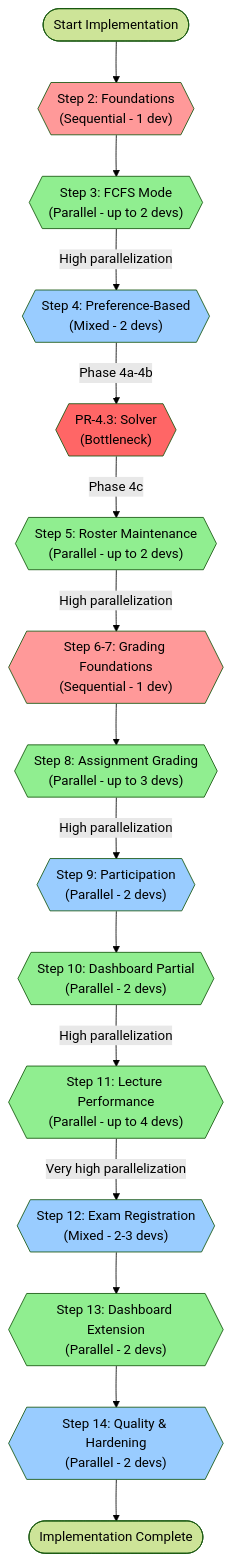
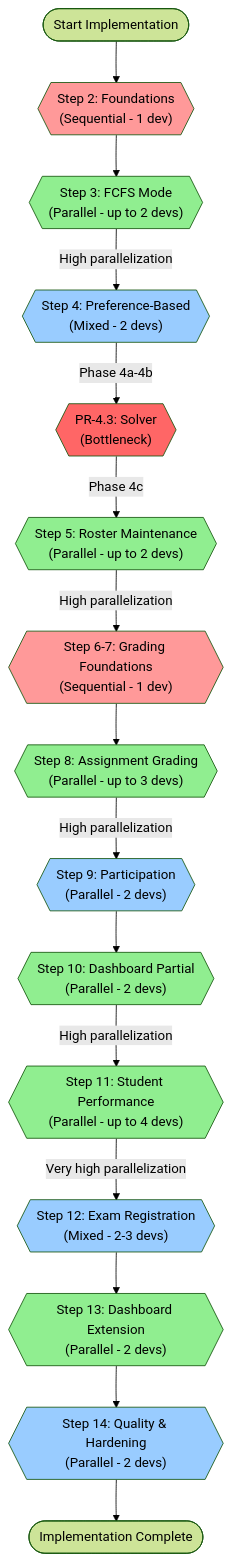
Diagram 13 of 13 in architecture/src/features/parallelization.md (MaMpf-HD/mampf), drawn with Mermaid (forest theme) before and after one commit. The commit also changed other lines of this file and 16 other files, not shown here.

Commit message:
Replace "Lecture Performance" with "Student Performance"

````diff
--- a/architecture/src/features/parallelization.md
+++ b/architecture/src/features/parallelization.md
@@ -780,48 +780,48 @@
 ```mermaid
 flowchart TD
     Start([Start Implementation])
 
     Step2{{"Step 2: Foundations<br/>(Sequential - 1 dev)"}}
     Step3{{"Step 3: FCFS Mode<br/>(Parallel - up to 2 devs)"}}
     Step4{{"Step 4: Preference-Based<br/>(Mixed - 2 devs)"}}
     Step4b{{"PR-4.3: Solver<br/>(Bottleneck)"}}
     Step5{{"Step 5: Roster Maintenance<br/>(Parallel - up to 2 devs)"}}
     Step6{{"Step 6-7: Grading Foundations<br/>(Sequential - 1 dev)"}}
     Step8{{"Step 8: Assignment Grading<br/>(Parallel - up to 3 devs)"}}
     Step9{{"Step 9: Participation<br/>(Parallel - 2 devs)"}}
     Step10{{"Step 10: Dashboard Partial<br/>(Parallel - 2 devs)"}}
-    Step11{{"Step 11: Lecture Performance<br/>(Parallel - up to 4 devs)"}}
+    Step11{{"Step 11: Student Performance<br/>(Parallel - up to 4 devs)"}}
     Step12{{"Step 12: Exam Registration<br/>(Mixed - 2-3 devs)"}}
     Step13{{"Step 13: Dashboard Extension<br/>(Parallel - 2 devs)"}}
     Step14{{"Step 14: Quality & Hardening<br/>(Parallel - 2 devs)"}}
     Done([Implementation Complete])
 
     Start --> Step2
     Step2 --> Step3
     Step3 -->|High parallelization| Step4
     Step4 -->|Phase 4a-4b| Step4b
     Step4b -->|Phase 4c| Step5
     Step5 -->|High parallelization| Step6
     Step6 --> Step8
     Step8 -->|High parallelization| Step9
     Step9 --> Step10
     Step10 -->|High parallelization| Step11
     Step11 -->|Very high parallelization| Step12
     Step12 --> Step13
     Step13 --> Step14
     Step14 --> Done
 
     style Step2 fill:#ff9999
     style Step3 fill:#90ee90
     style Step4 fill:#99ccff
     style Step4b fill:#ff6666
     style Step5 fill:#90ee90
     style Step6 fill:#ff9999
     style Step8 fill:#90ee90
     style Step9 fill:#99ccff
     style Step10 fill:#90ee90
     style Step11 fill:#90ee90
     style Step12 fill:#99ccff
     style Step13 fill:#90ee90
     style Step14 fill:#99ccff
 ```
````
